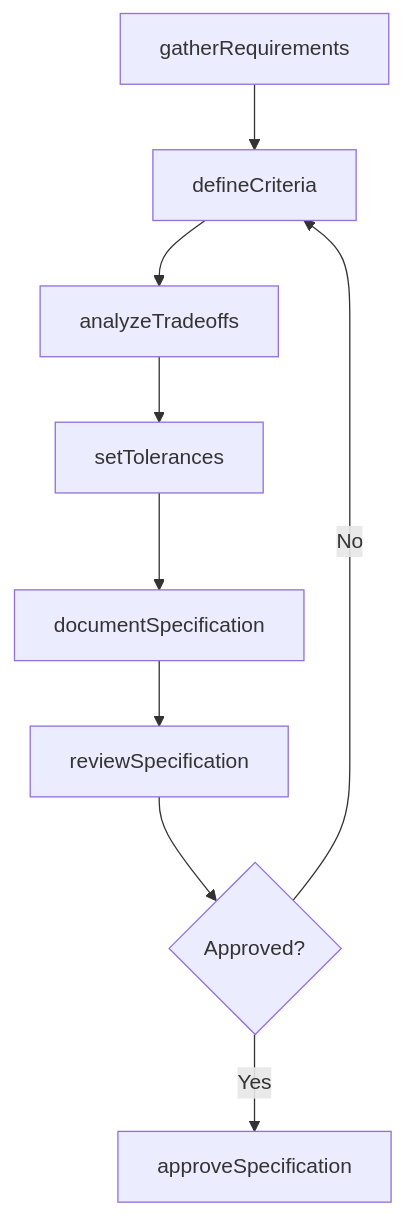
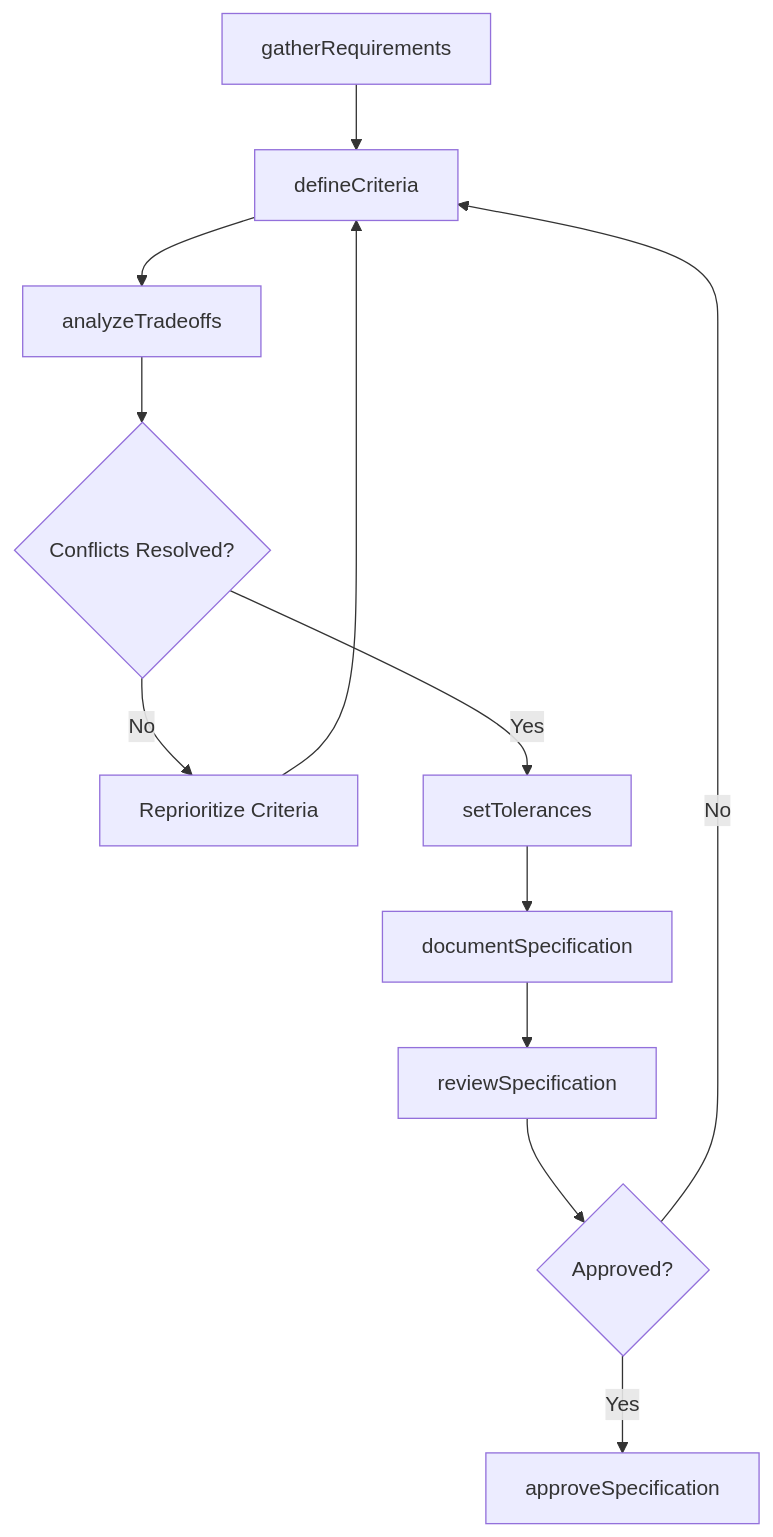
One commit to dot-org-ai/tasks.org.ai changed the third of 4 diagrams in ThinkingCreatively/DevelopTechnicalSpecificationsForProductsOrOperations/DetermineDesignCriteriaSpecifications.mdx. Above: the diagram before and after it, drawn with Mermaid. The commit also changed other lines of this file and 266 other files, not shown here.

First line of the commit message:
feat: Add ER diagrams, state diagrams to wave 2 batch (251 DWA files)

````diff
--- a/ThinkingCreatively/DevelopTechnicalSpecificationsForProductsOrOperations/DetermineDesignCriteriaSpecifications.mdx
+++ b/ThinkingCreatively/DevelopTechnicalSpecificationsForProductsOrOperations/DetermineDesignCriteriaSpecifications.mdx
@@ -89,11 +116,14 @@
 ```mermaid
 graph TD
     A[gatherRequirements] --> B[defineCriteria]
     B --> C[analyzeTradeoffs]
-    C --> D[setTolerances]
-    D --> E[documentSpecification]
-    E --> F[reviewSpecification]
-    F --> G{Approved?}
-    G -->|No| B
-    G -->|Yes| H[approveSpecification]
+    C --> D{Conflicts Resolved?}
+    D -->|No| E[Reprioritize Criteria]
+    E --> B
+    D -->|Yes| F[setTolerances]
+    F --> G[documentSpecification]
+    G --> H[reviewSpecification]
+    H --> I{Approved?}
+    I -->|No| B
+    I -->|Yes| J[approveSpecification]
 ```
````
